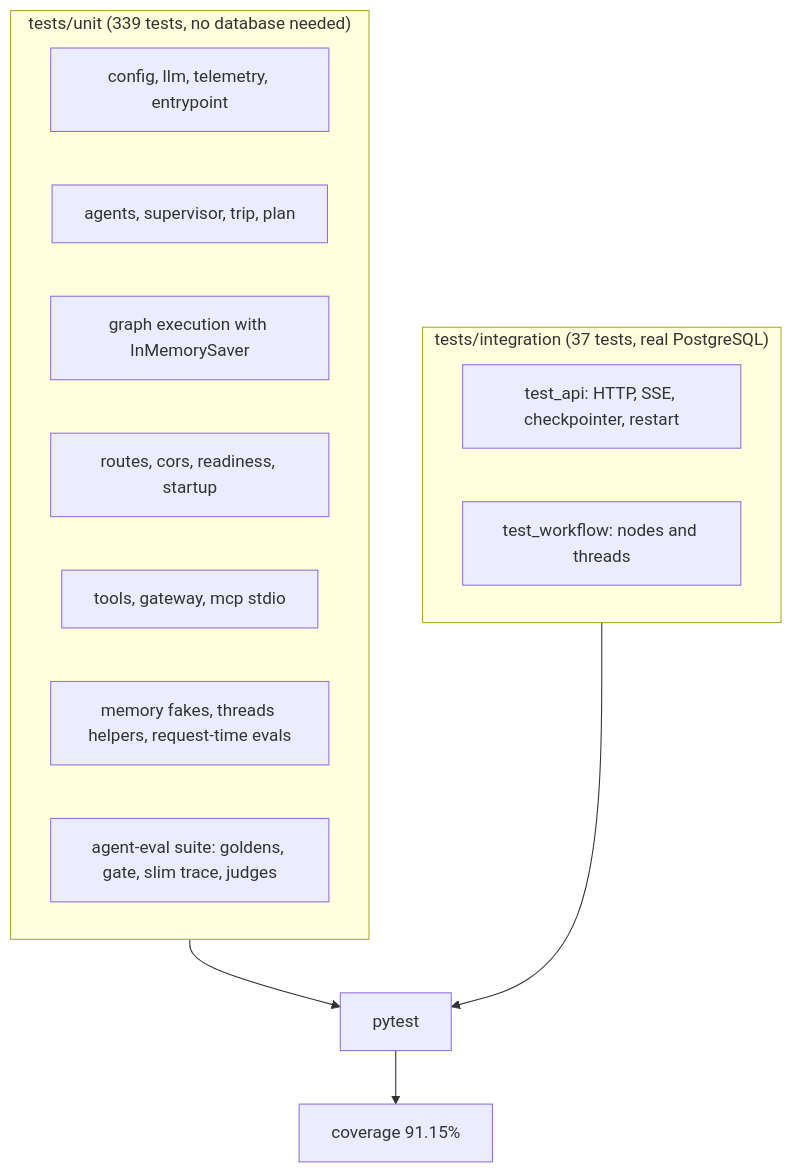
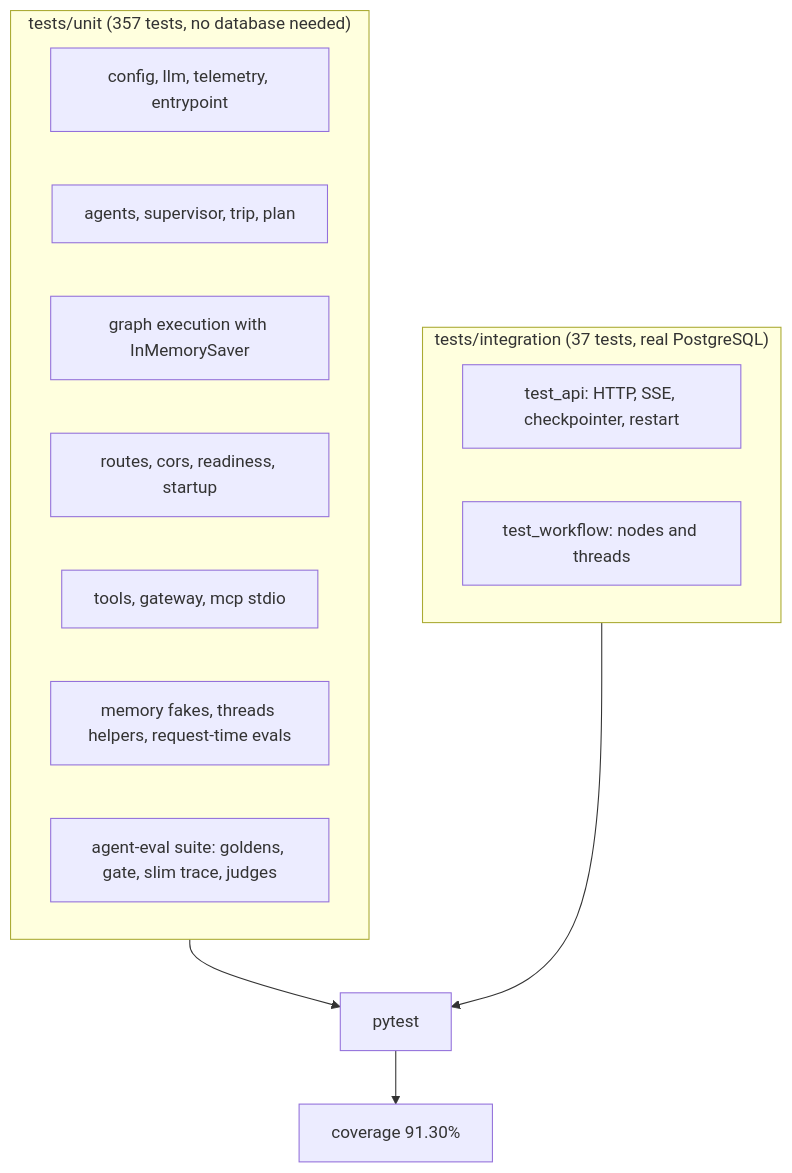
Before and after one commit to Amith-Ganta/Yatra-AI---A-Multi-Agent-Travel-Planner-with-LangGraph: the diagram in specs/06-tests.spec.md, drawn with Mermaid. The commit also changed other lines of this file and 22 other files, not shown here.

````diff
--- a/specs/06-tests.spec.md
+++ b/specs/06-tests.spec.md
@@ -31,19 +32,19 @@
 ```mermaid
 flowchart TB
-    subgraph U["tests/unit (339 tests, no database needed)"]
+    subgraph U["tests/unit (357 tests, no database needed)"]
         U1[config, llm, telemetry, entrypoint]
         U2[agents, supervisor, trip, plan]
         U3[graph execution with InMemorySaver]
         U4[routes, cors, readiness, startup]
         U5[tools, gateway, mcp stdio]
         U6[memory fakes, threads helpers, request-time evals]
         U7[agent-eval suite: goldens, gate, slim trace, judges]
     end
     subgraph I["tests/integration (37 tests, real PostgreSQL)"]
         I1[test_api: HTTP, SSE, checkpointer, restart]
         I2[test_workflow: nodes and threads]
     end
     U --> R[pytest]
     I --> R
-    R --> C[coverage 91.15%]
+    R --> C[coverage 91.30%]
 ```
````
